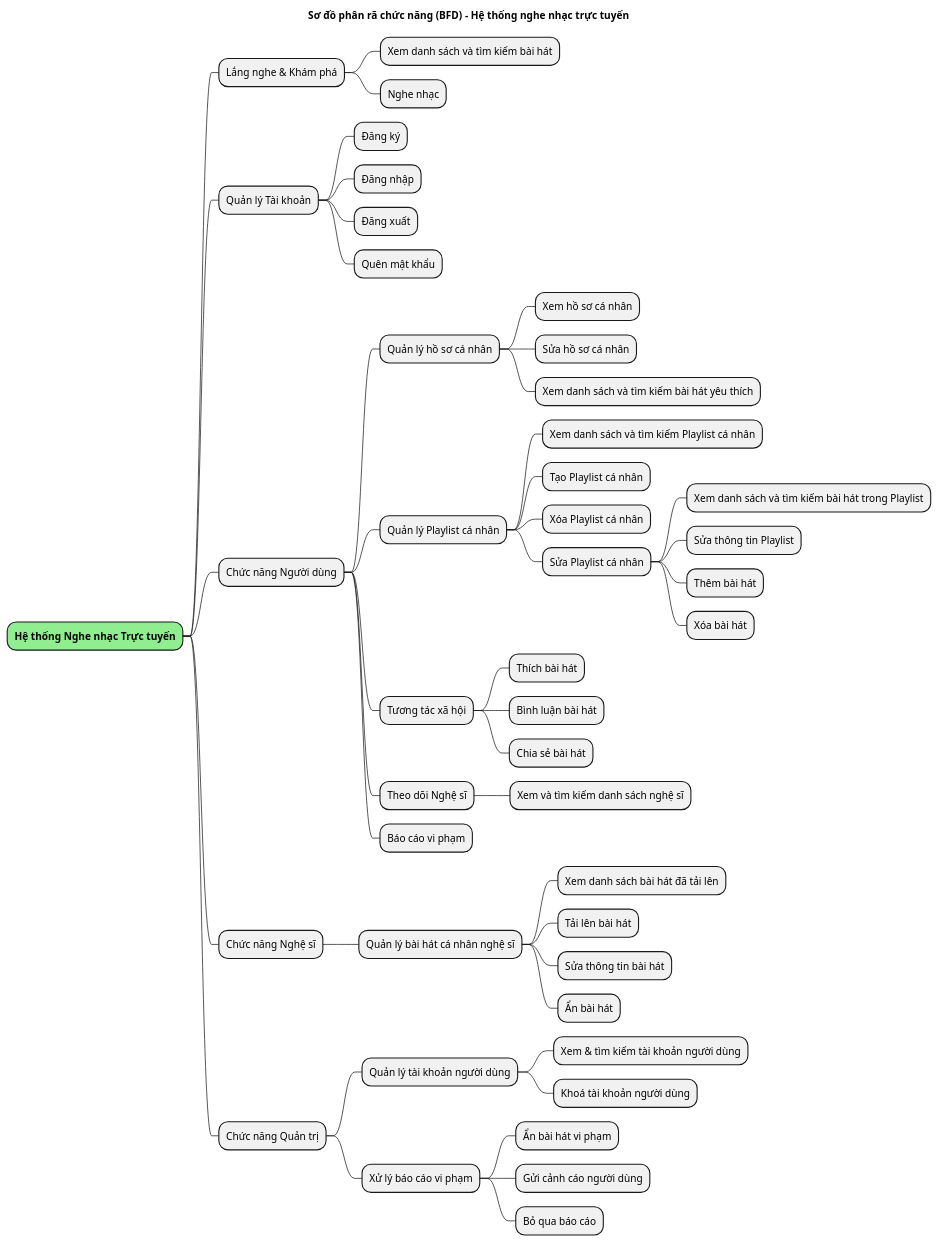
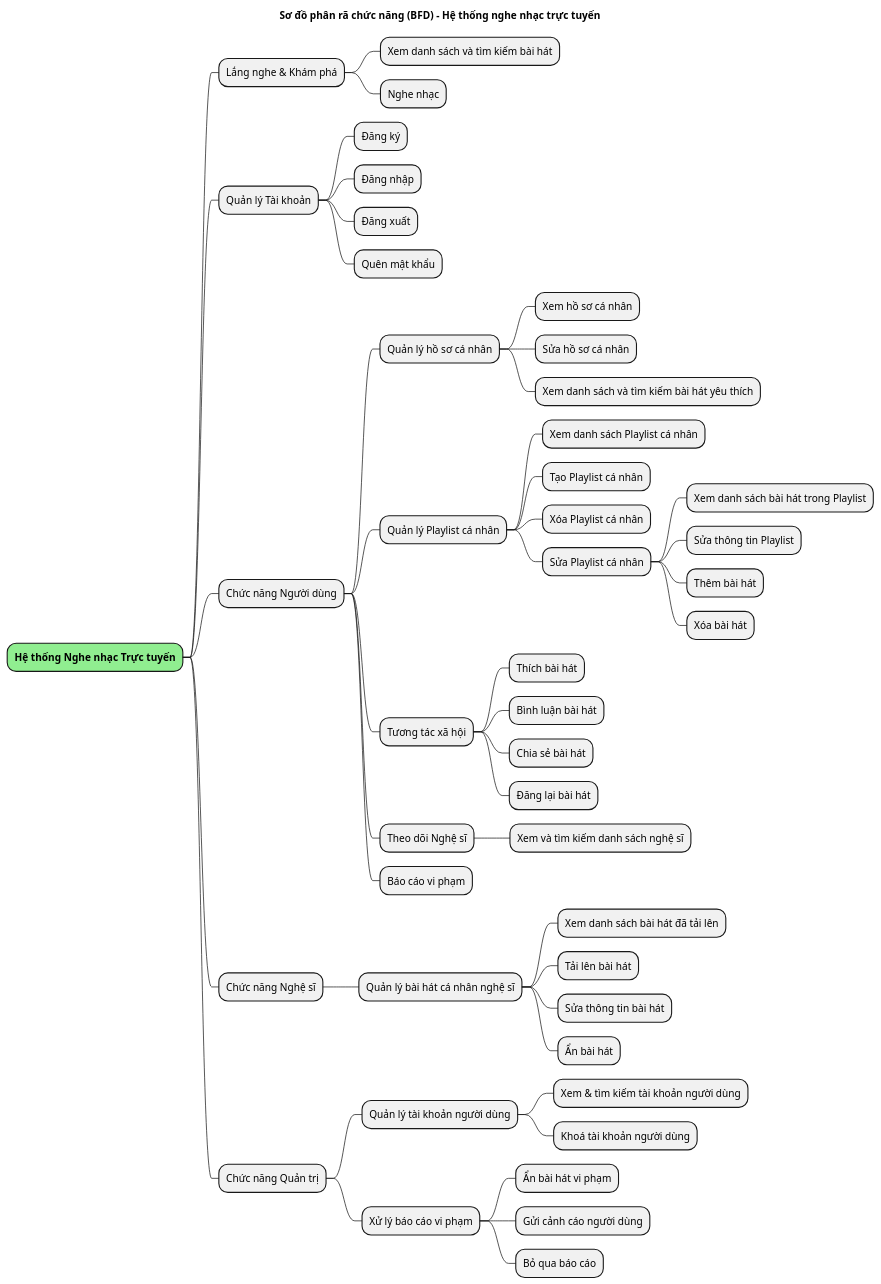
The diagram in Diagrams/BFD.plantuml (vinh047/soundwave), drawn with PlantUML before and after one commit. The commit also changed 3 other files, not shown here.

```diff
--- a/Diagrams/BFD.plantuml
+++ b/Diagrams/BFD.plantuml
@@ -1,49 +1,50 @@
 @startmindmap BFD
 title Sơ đồ phân rã chức năng (BFD) - Hệ thống nghe nhạc trực tuyến
 
 *[#lightgreen] **Hệ thống Nghe nhạc Trực tuyến**
 ** Lắng nghe & Khám phá
 *** Xem danh sách và tìm kiếm bài hát
 *** Nghe nhạc
 ** Quản lý Tài khoản
 *** Đăng ký
 *** Đăng nhập
 *** Đăng xuất
 *** Quên mật khẩu
 ** Chức năng Người dùng
 *** Quản lý hồ sơ cá nhân
 **** Xem hồ sơ cá nhân
 **** Sửa hồ sơ cá nhân
 **** Xem danh sách và tìm kiếm bài hát yêu thích
 *** Quản lý Playlist cá nhân
-**** Xem danh sách và tìm kiếm Playlist cá nhân
+**** Xem danh sách Playlist cá nhân
 **** Tạo Playlist cá nhân
 **** Xóa Playlist cá nhân
 **** Sửa Playlist cá nhân
-***** Xem danh sách và tìm kiếm bài hát trong Playlist
+***** Xem danh sách bài hát trong Playlist
 ***** Sửa thông tin Playlist
 ***** Thêm bài hát
 ***** Xóa bài hát
 *** Tương tác xã hội
 **** Thích bài hát
 **** Bình luận bài hát
 **** Chia sẻ bài hát
+**** Đăng lại bài hát
 *** Theo dõi Nghệ sĩ
 **** Xem và tìm kiếm danh sách nghệ sĩ
 *** Báo cáo vi phạm
 ** Chức năng Nghệ sĩ
 *** Quản lý bài hát cá nhân nghệ sĩ
 **** Xem danh sách bài hát đã tải lên
 **** Tải lên bài hát
 **** Sửa thông tin bài hát
 **** Ẩn bài hát
 ** Chức năng Quản trị
 *** Quản lý tài khoản người dùng
 **** Xem & tìm kiếm tài khoản người dùng
 **** Khoá tài khoản người dùng
 *** Xử lý báo cáo vi phạm
 **** Ẩn bài hát vi phạm
 **** Gửi cảnh cáo người dùng
 **** Bỏ qua báo cáo
 
 @endmindmap
```
